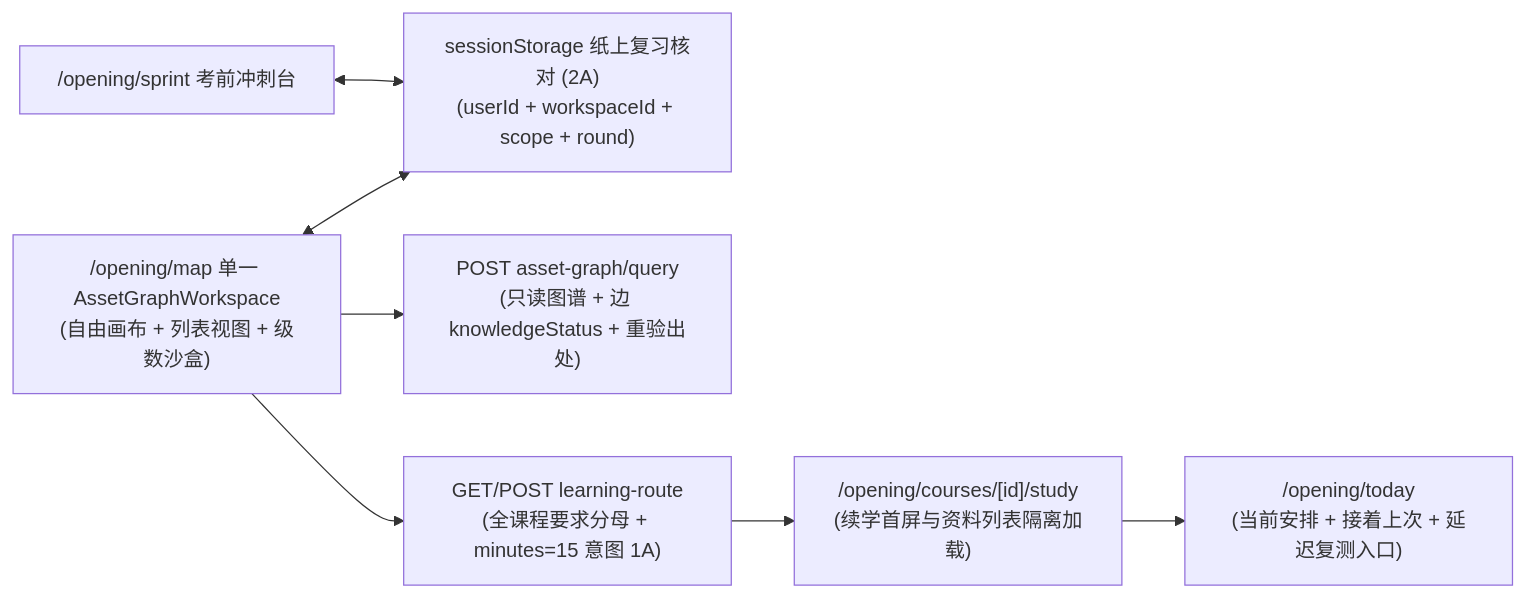
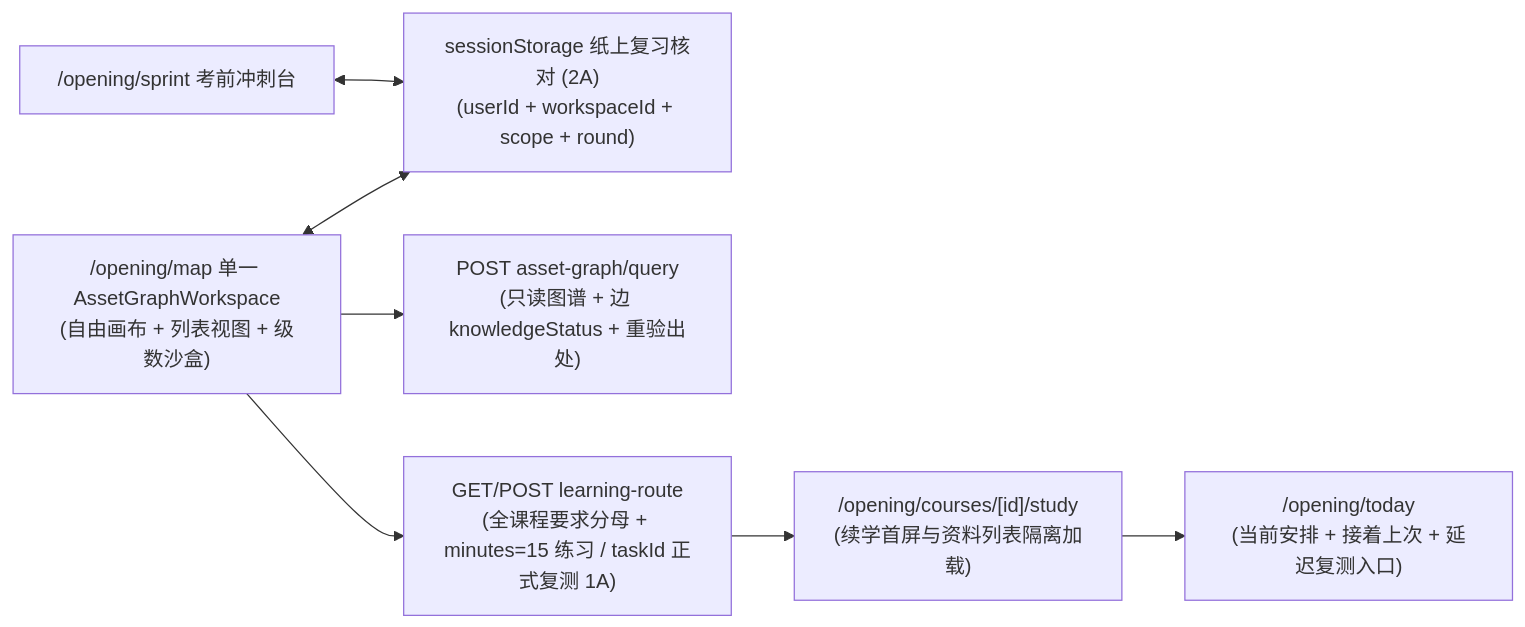
The diagram in docs/plans/2026-11-19-map-and-kernel-convergence-plan.md (Xhhemoing/study-assistant-opening), drawn with Mermaid before and after one commit. The commit also changed other lines of this file and 3 other files, not shown here.

Commit message:
docs(architecture): address GPT and Opus review findings on v2.1 blueprint and map plan

````diff
--- a/docs/plans/2026-11-19-map-and-kernel-convergence-plan.md
+++ b/docs/plans/2026-11-19-map-and-kernel-convergence-plan.md
@@ -33,17 +34,17 @@
 ```mermaid
 flowchart LR
     M["/opening/map 单一 AssetGraphWorkspace<br/>(自由画布 + 列表视图 + 级数沙盒)"]
     S["/opening/sprint 考前冲刺台"]
     P["sessionStorage 纸上复习核对 (2A)<br/>(userId + workspaceId + scope + round)"]
-    R["GET/POST learning-route<br/>(全课程要求分母 + minutes=15 意图 1A)"]
+    R["GET/POST learning-route<br/>(全课程要求分母 + minutes=15 练习 / taskId 正式复测 1A)"]
     G["POST asset-graph/query<br/>(只读图谱 + 边 knowledgeStatus + 重验出处)"]
     W["/opening/courses/[id]/study<br/>(续学首屏与资料列表隔离加载)"]
     T["/opening/today<br/>(当前安排 + 接着上次 + 延迟复测入口)"]
 
     M <--> P
     S <--> P
     M --> G
     M --> R
     R --> W
     W --> T
 ```
````
